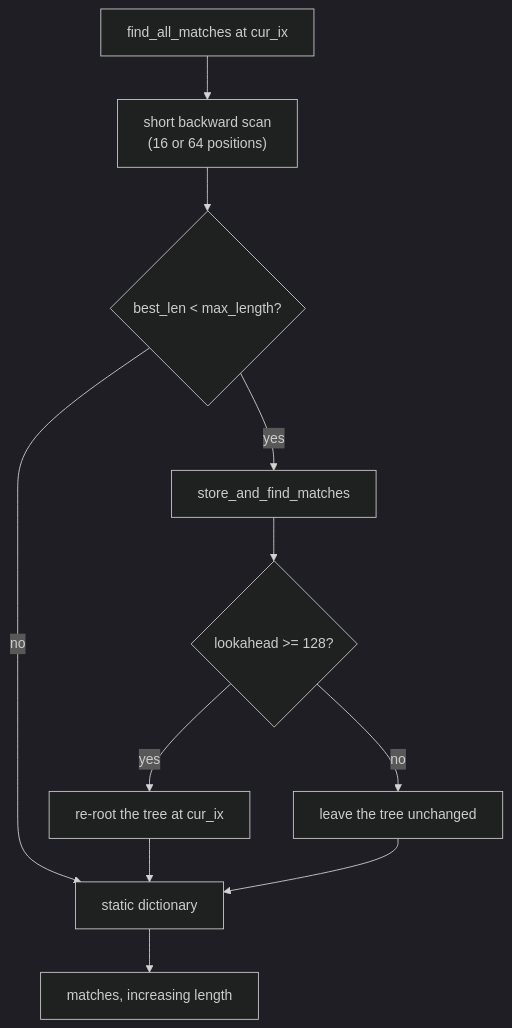
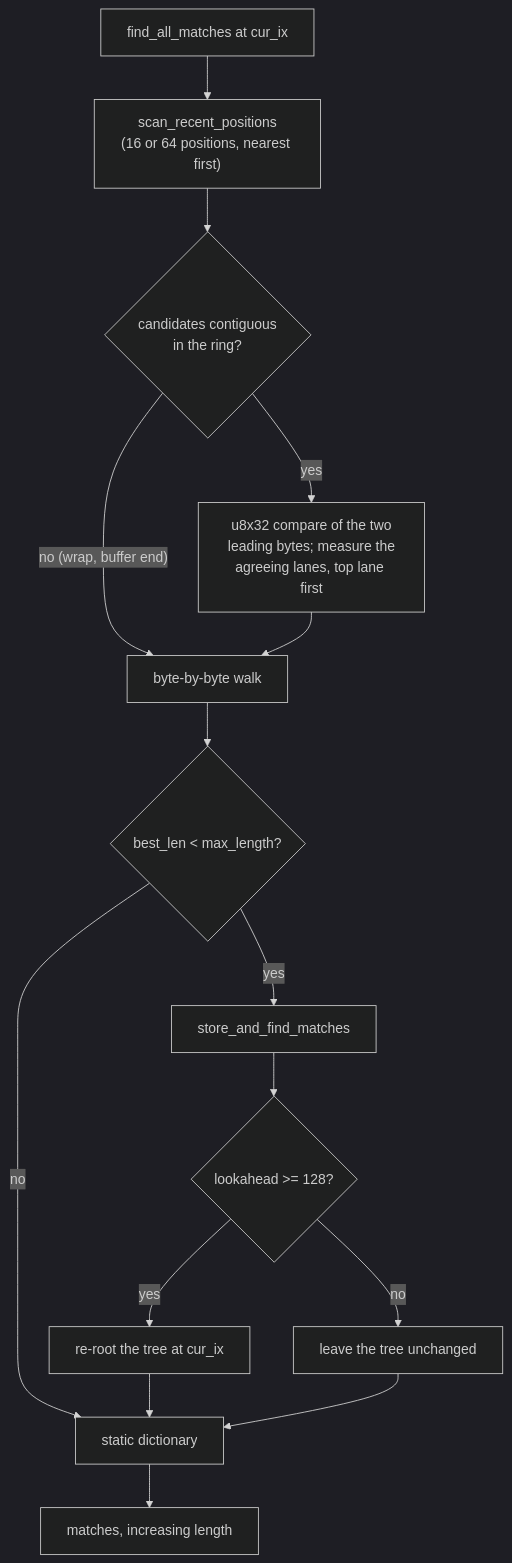
One commit to Mnwa/mbrotli changed the third of 8 diagrams in architecture/hq-encoder.md. Above: the diagram before and after it, drawn with Mermaid (dark theme). The commit also changed other lines of this file and 11 other files, not shown here.

````diff
--- a/architecture/hq-encoder.md
+++ b/architecture/hq-encoder.md
@@ -174,13 +174,17 @@
 ```mermaid
 flowchart TD
-    A["find_all_matches at cur_ix"] --> B["short backward scan<br/>(16 or 64 positions)"]
-    B --> C{"best_len < max_length?"}
+    A["find_all_matches at cur_ix"] --> B["scan_recent_positions<br/>(16 or 64 positions, nearest first)"]
+    B --> B1{"candidates contiguous<br/>in the ring?"}
+    B1 -->|yes| B2["u8x32 compare of the two<br/>leading bytes; measure the<br/>agreeing lanes, top lane first"]
+    B1 -->|"no (wrap, buffer end)"| B3["byte-by-byte walk"]
+    B2 --> B3
+    B3 --> C{"best_len < max_length?"}
     C -->|no| F["static dictionary"]
     C -->|yes| D["store_and_find_matches"]
     D --> E{"lookahead >= 128?"}
     E -->|yes| E1["re-root the tree at cur_ix"]
     E -->|no| E2["leave the tree unchanged"]
     E1 --> F
     E2 --> F
     F --> G["matches, increasing length"]
 ```
````
